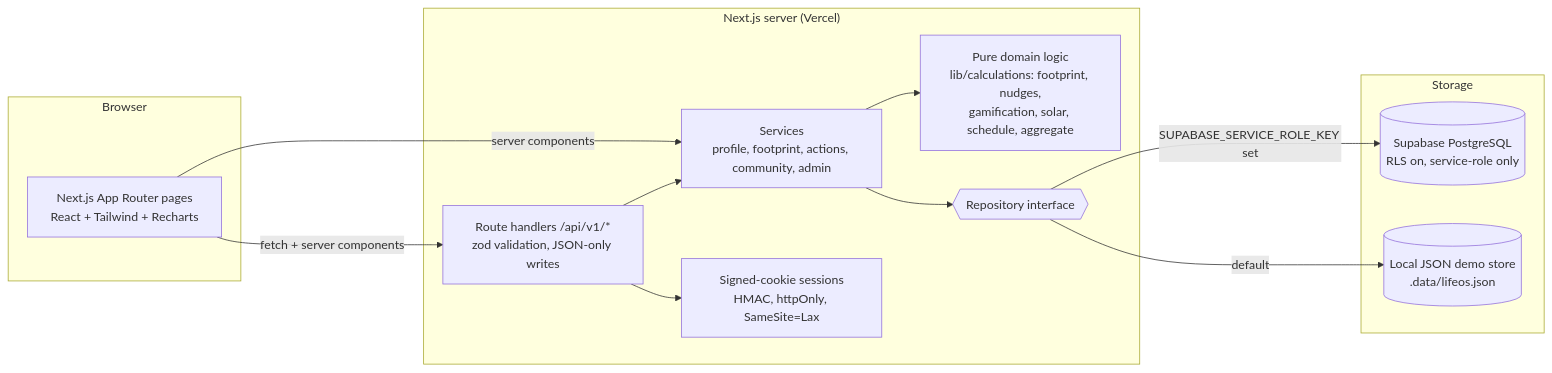
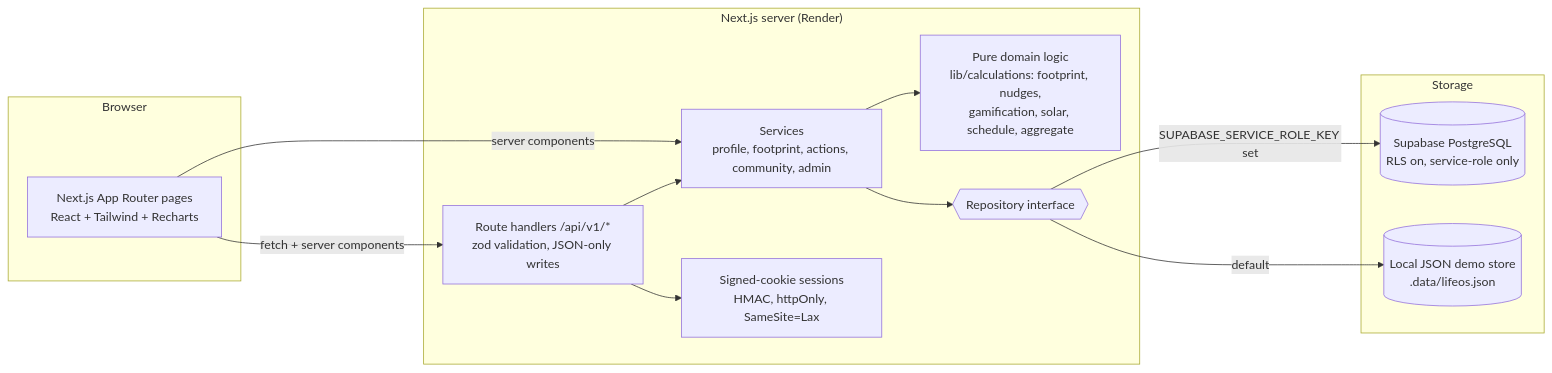
Before and after one commit to bharathvaj125/Life-os: the first of 3 diagrams in README.md, drawn with Mermaid. The commit also changed other lines of this file and 1 other file, not shown here.

Commit message:
README and submission notes: live link, current features, Render deployment

````diff
--- a/README.md
+++ b/README.md
@@ -81,25 +88,25 @@
 ```mermaid
 flowchart LR
   subgraph Browser
     UI["Next.js App Router pages<br/>React + Tailwind + Recharts"]
   end
-  subgraph Server["Next.js server (Vercel)"]
+  subgraph Server["Next.js server (Render)"]
     API["Route handlers /api/v1/*<br/>zod validation, JSON-only writes"]
     SVC["Services<br/>profile, footprint, actions, community, admin"]
     DOM["Pure domain logic<br/>lib/calculations: footprint, nudges,<br/>gamification, solar, schedule, aggregate"]
     AUTH["Signed-cookie sessions<br/>HMAC, httpOnly, SameSite=Lax"]
     REPO{{"Repository interface"}}
   end
   subgraph Storage
     PG[("Supabase PostgreSQL<br/>RLS on, service-role only")]
     FS[("Local JSON demo store<br/>.data/lifeos.json")]
   end
   UI -- "fetch + server components" --> API
   UI -- "server components" --> SVC
   API --> AUTH
   API --> SVC
   SVC --> DOM
   SVC --> REPO
   REPO -- "SUPABASE_SERVICE_ROLE_KEY set" --> PG
   REPO -- "default" --> FS
 ```
````
